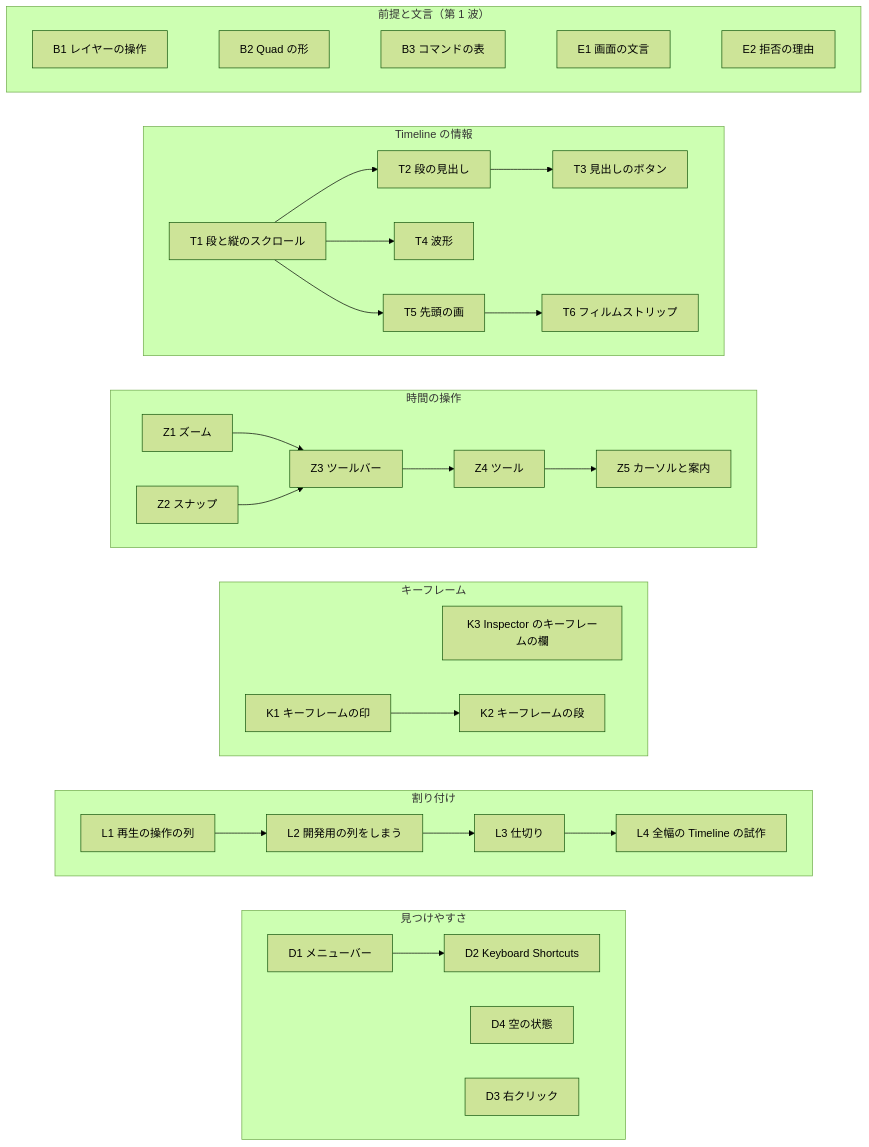
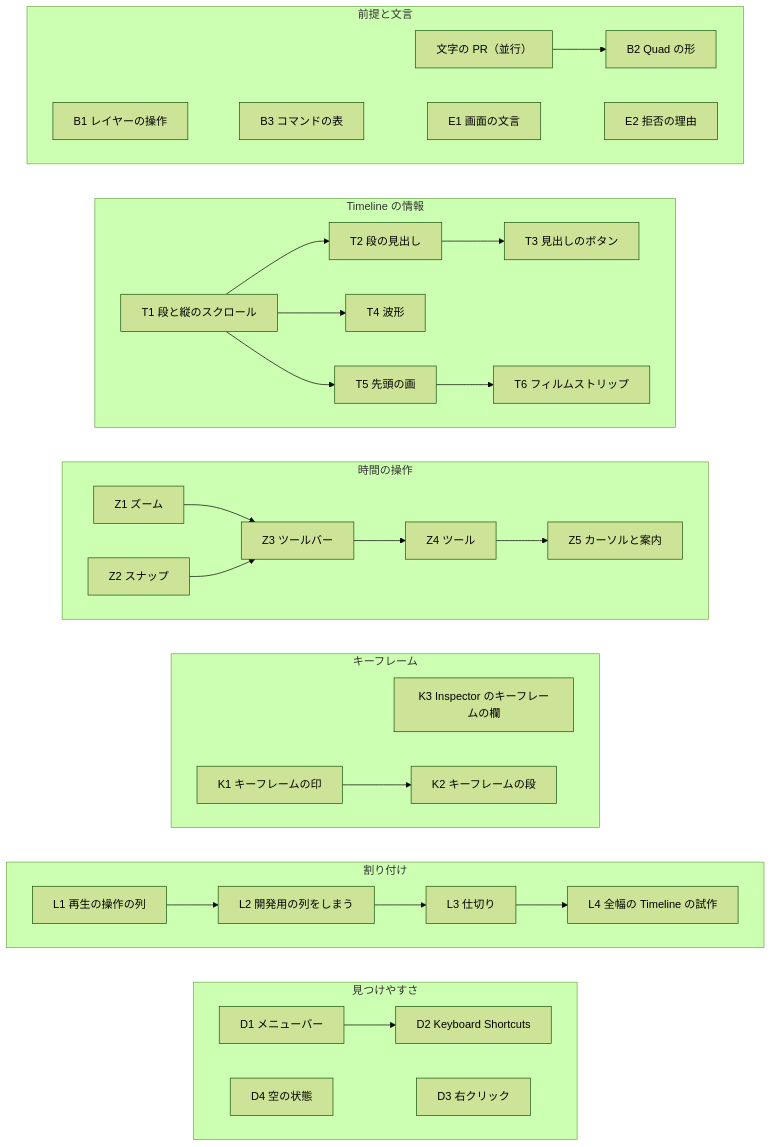
Before and after one commit to durun-lab/claude-marketplace: the second of 2 diagrams in movie-maker/docs/design/18-ui-clarity.md, drawn with Mermaid (forest theme). The commit also changed other lines of this file and 2 other files, not shown here.

````diff
--- a/movie-maker/docs/design/18-ui-clarity.md
+++ b/movie-maker/docs/design/18-ui-clarity.md
@@ -329,34 +334,34 @@
 ```mermaid
 flowchart TB
-  subgraph base["前提と文言（第 1 波）"]
+  subgraph base["前提と文言"]
     direction LR
-    B1["B1 レイヤーの操作"] ~~~ B2["B2 Quad の形"] ~~~ B3["B3 コマンドの表"] ~~~ E1["E1 画面の文言"] ~~~ E2["E2 拒否の理由"]
+    TXT["文字の PR（並行）"] --> B2["B2 Quad の形"]
+    B1["B1 レイヤーの操作"] ~~~ B3["B3 コマンドの表"] ~~~ E1["E1 画面の文言"] ~~~ E2["E2 拒否の理由"]
   end
   subgraph info["Timeline の情報"]
     direction LR
     T1["T1 段と縦のスクロール"] --> T2["T2 段の見出し"] --> T3["T3 見出しのボタン"]
     T1 --> T4["T4 波形"]
     T1 --> T5["T5 先頭の画"] --> T6["T6 フィルムストリップ"]
   end
   subgraph time["時間の操作"]
     direction LR
     Z1["Z1 ズーム"] --> Z3["Z3 ツールバー"] --> Z4["Z4 ツール"] --> Z5["Z5 カーソルと案内"]
     Z2["Z2 スナップ"] --> Z3
   end
   subgraph key["キーフレーム"]
     direction LR
     K3["K3 Inspector のキーフレームの欄"]
     K1["K1 キーフレームの印"] --> K2["K2 キーフレームの段"]
   end
   subgraph layout["割り付け"]
     direction LR
     L1["L1 再生の操作の列"] --> L2["L2 開発用の列をしまう"] --> L3["L3 仕切り"] --> L4["L4 全幅の Timeline の試作"]
   end
   subgraph find["見つけやすさ"]
     direction LR
     D1["D1 メニューバー"] --> D2["D2 Keyboard Shortcuts"]
-    D4["D4 空の状態"]
-    D3["D3 右クリック"]
+    D4["D4 空の状態"] ~~~ D3["D3 右クリック"]
   end
   base ~~~ info ~~~ time ~~~ key ~~~ layout ~~~ find
 ```
````
